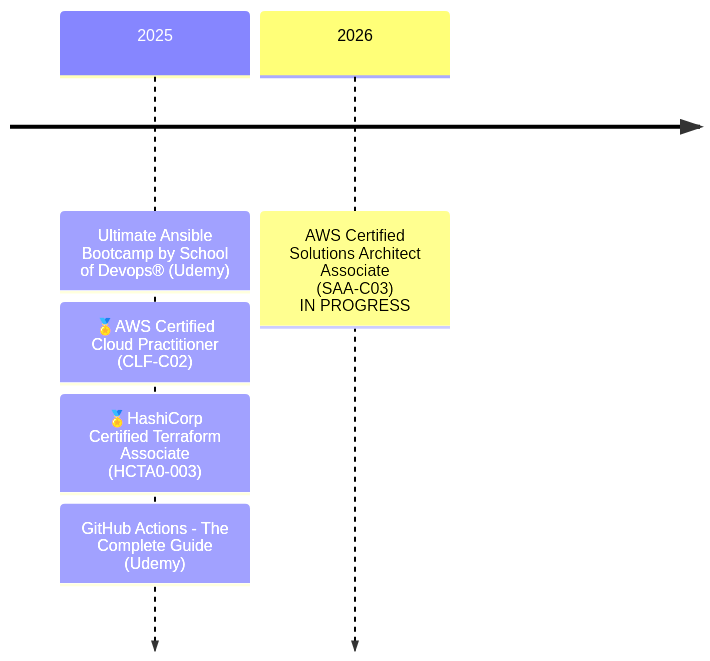
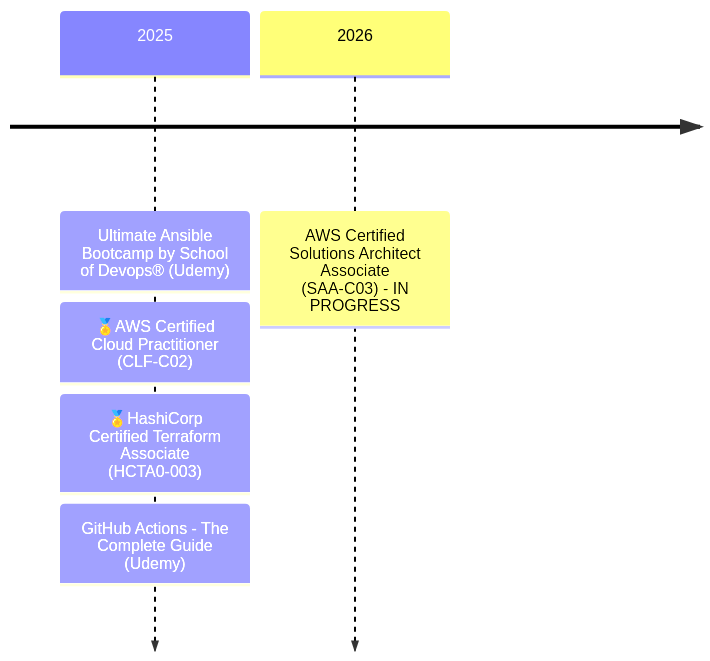
Before and after one commit to rtdevx/rtdevx.github.io: the diagram in content/about.md, drawn with Mermaid.

Commit message:
Obsidian sync: 2026-02-02 10:27:41

```diff
--- a/content/about.md
+++ b/content/about.md
@@ -65,8 +65,8 @@
 {{< mermaid >}}
 timeline    
     2025 : Ultimate Ansible Bootcamp by School of Devops® (Udemy)
          : 🏅AWS Certified Cloud Practitioner (CLF-C02)
          : 🏅HashiCorp Certified Terraform Associate (HCTA0-003)
          : GitHub Actions - The Complete Guide (Udemy)
-    2026 : AWS Certified Solutions Architect Associate (SAA-C03)<br> IN PROGRESS
+    2026 : AWS Certified Solutions Architect Associate (SAA-C03) - IN PROGRESS
 {{< /mermaid >}}
```
